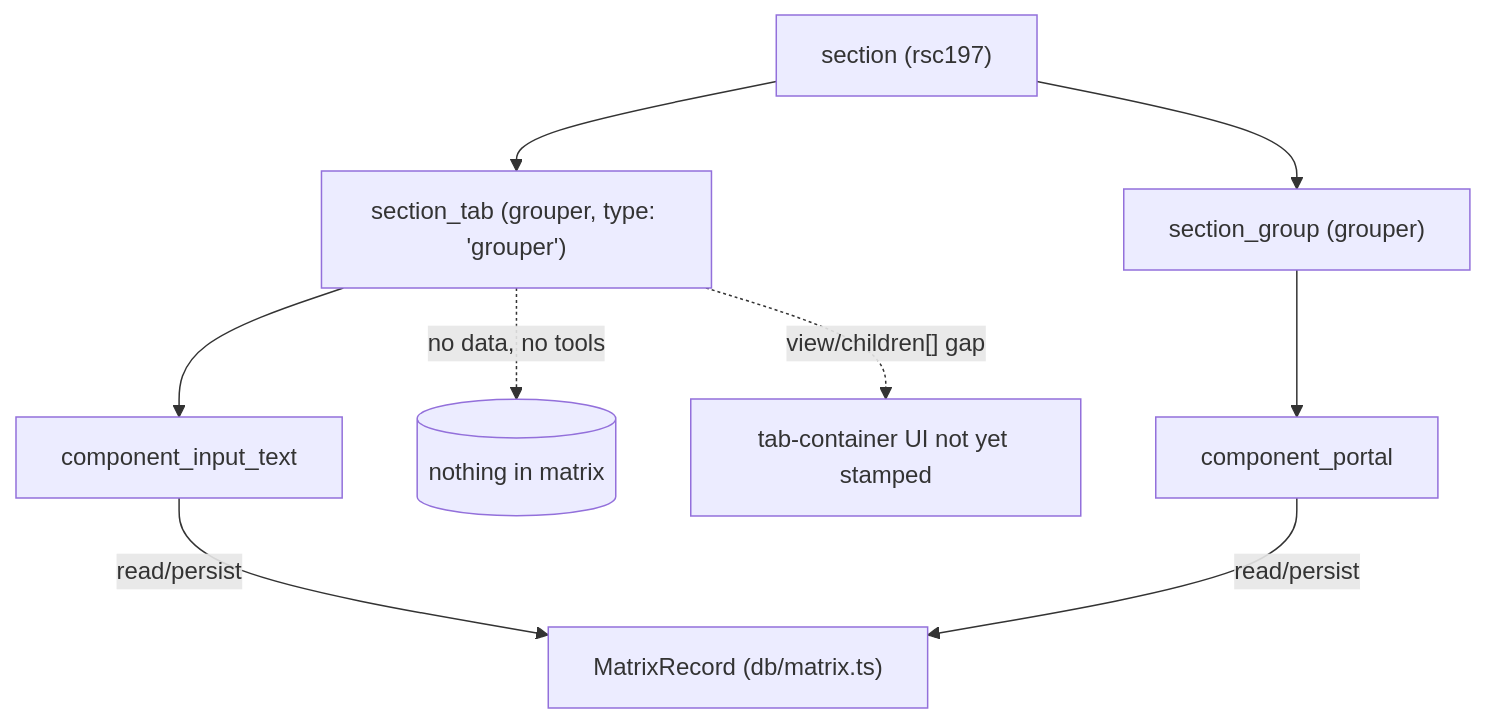
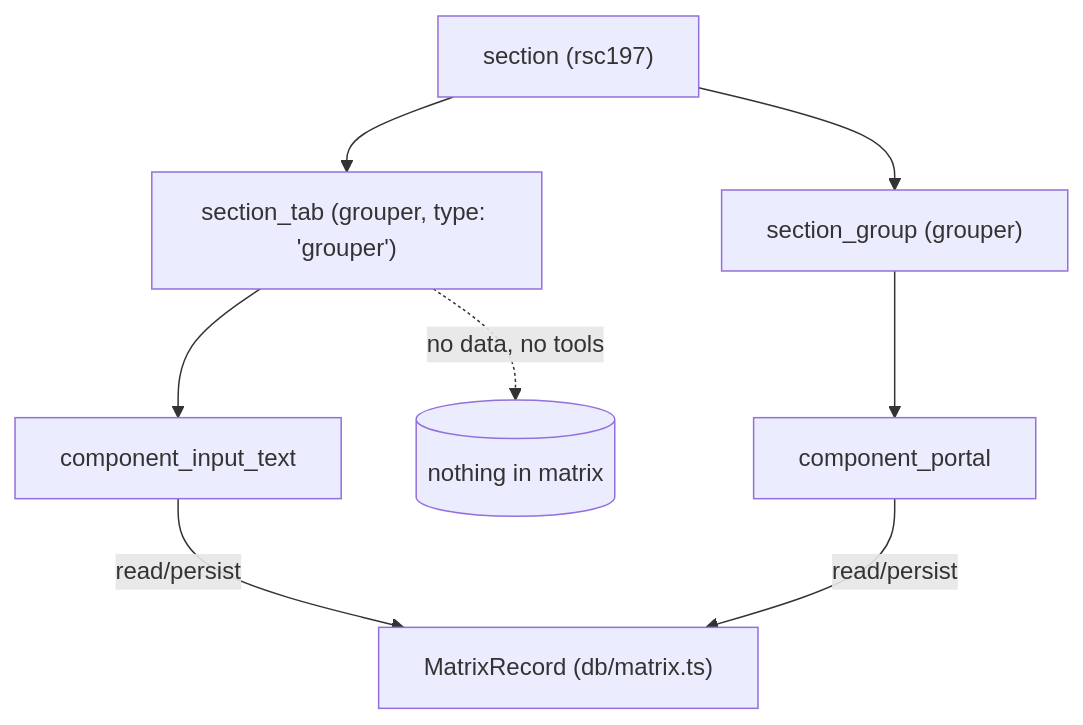
Before and after one commit to renderpci/dedalo: the diagram in docs/core/sections/section_tab.md, drawn with Mermaid. The commit also changed other lines of this file and 6 other files, not shown here.

````diff
--- a/docs/core/sections/section_tab.md
+++ b/docs/core/sections/section_tab.md
@@ -167,11 +147,10 @@
 ```mermaid
 flowchart TD
     SEC["section (rsc197)"] --> ST["section_tab (grouper, type: 'grouper')"]
     SEC --> SG["section_group (grouper)"]
     ST --> C1["component_input_text"]
     SG --> C2["component_portal"]
     C1 -->|"read/persist"| MR["MatrixRecord (db/matrix.ts)"]
     C2 -->|"read/persist"| MR
     ST -.->|"no data, no tools"| X[("nothing in matrix")]
-    ST -.->|"view/children[] gap"| GAP["tab-container UI not yet stamped"]
 ```
````
